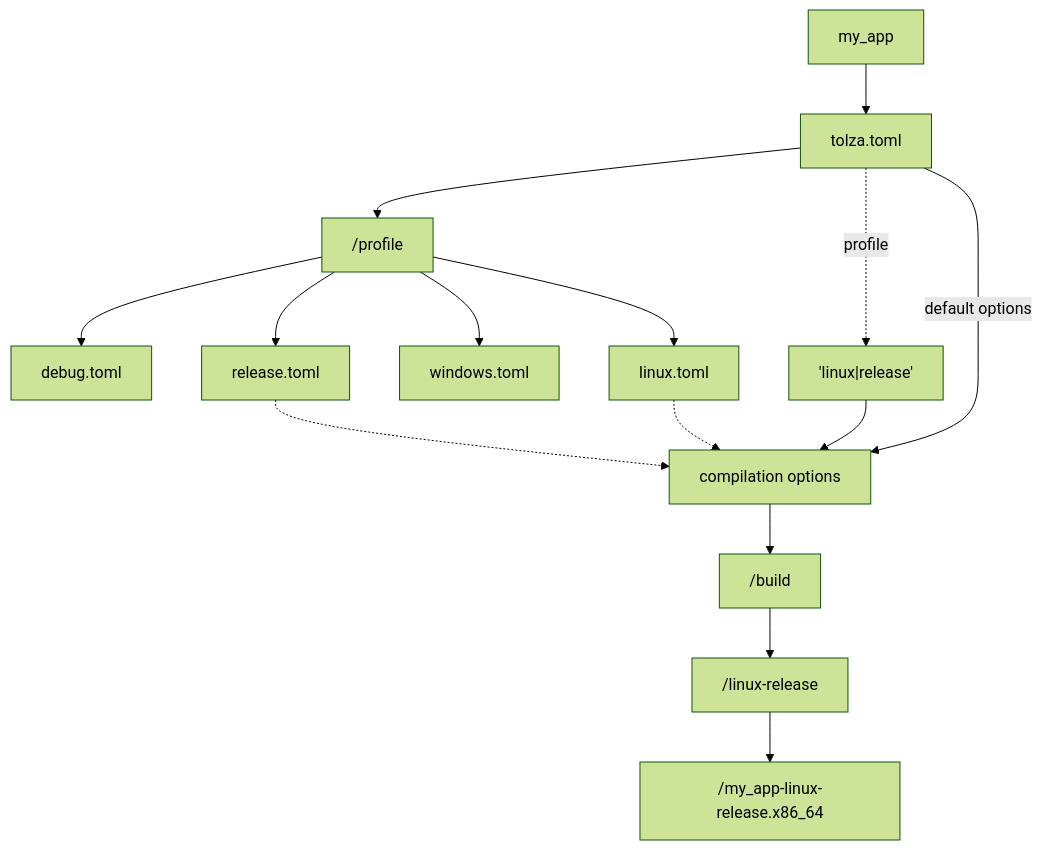
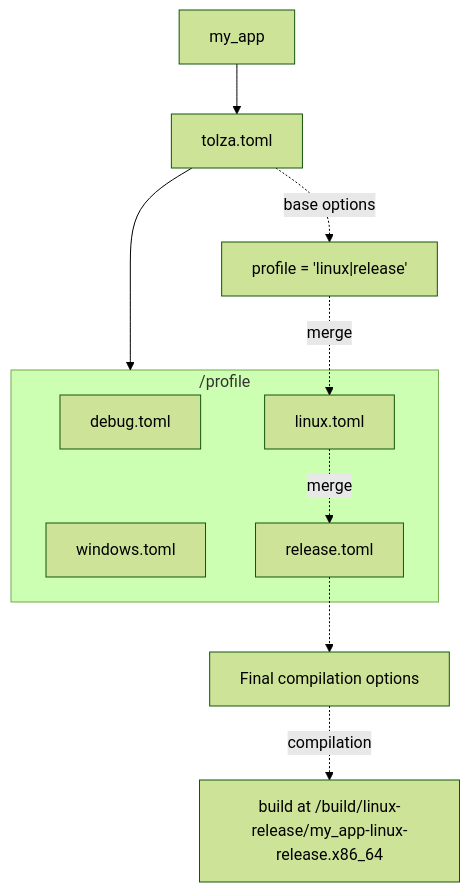
Before and after one commit to TheProgrammare/Tolza: the diagram in docs/wiki/compiler/profile.md, drawn with Mermaid (forest theme). The commit also changed other lines of this file, not shown here.

````diff
--- a/docs/wiki/compiler/profile.md
+++ b/docs/wiki/compiler/profile.md
@@ -23,19 +23,17 @@
 ```mermaid
 flowchart TD
   AA[my_app] --> A[tolza.toml]
-  A --> B["/profile"]
-  B --> C[debug.toml]
-  B --> C1[release.toml]
-  B --> C2[windows.toml]
-  B --> C3[linux.toml]
+  subgraph PROFILES["/profile"]
+    C[debug.toml]
+    C3[linux.toml]
+    C2[windows.toml]
+    C1[release.toml]
+  end
+  A --> PROFILES
 
-  A -. profile .-> D["'linux|release'"]
-  D --> E[compilation options]
-  A -- default options --> E
-  C1 .-> E
-  C3 .-> E
-
-  E --> F["/build"]
-  F --> G["/linux-release"]
-  G --> H["/my_app-linux-release.x86_64"]
+  A -. base options .-> D["profile = 'linux|release'"]
+  D -. merge .-> C3
+  C3 -. merge .-> C1
+  C1 .-> E[Final compilation options]
+  E -. compilation .-> G["build at /build/linux-release/my_app-linux-release.x86_64"]
 ```
````
